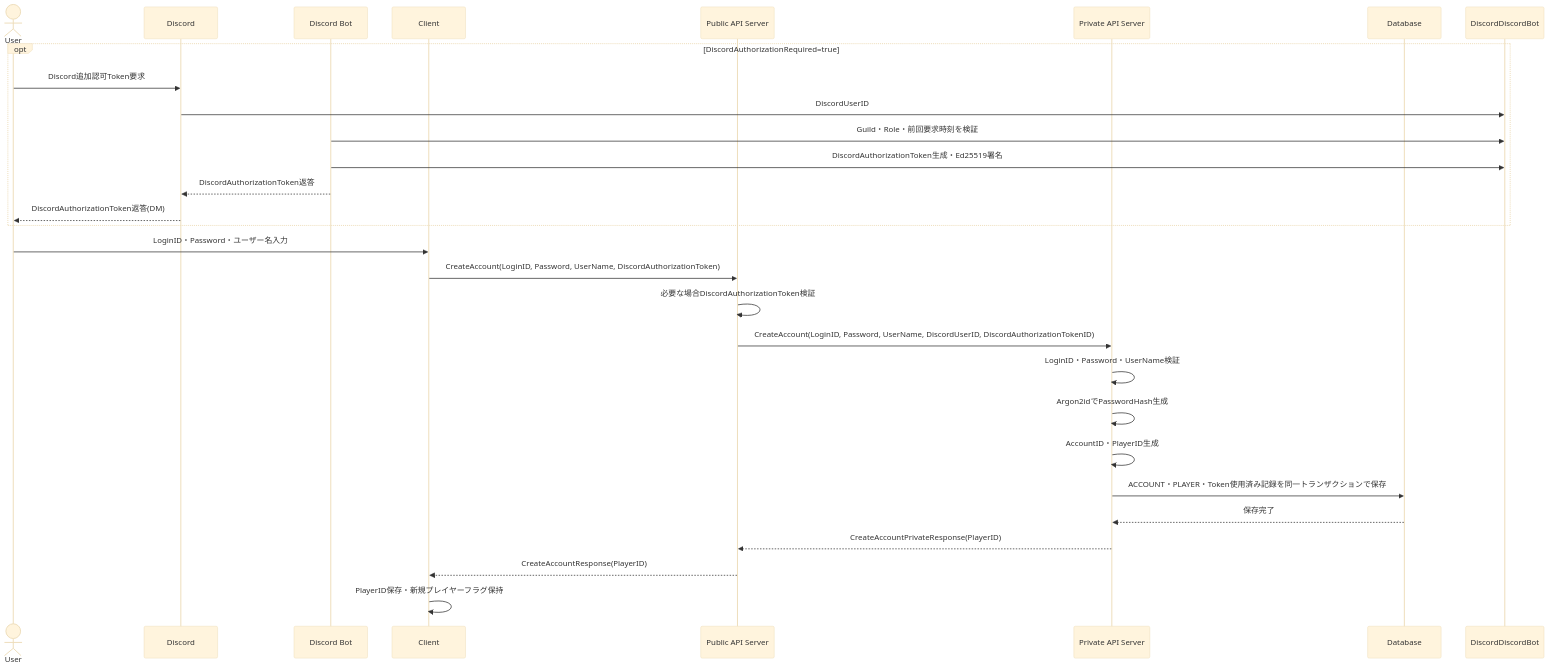
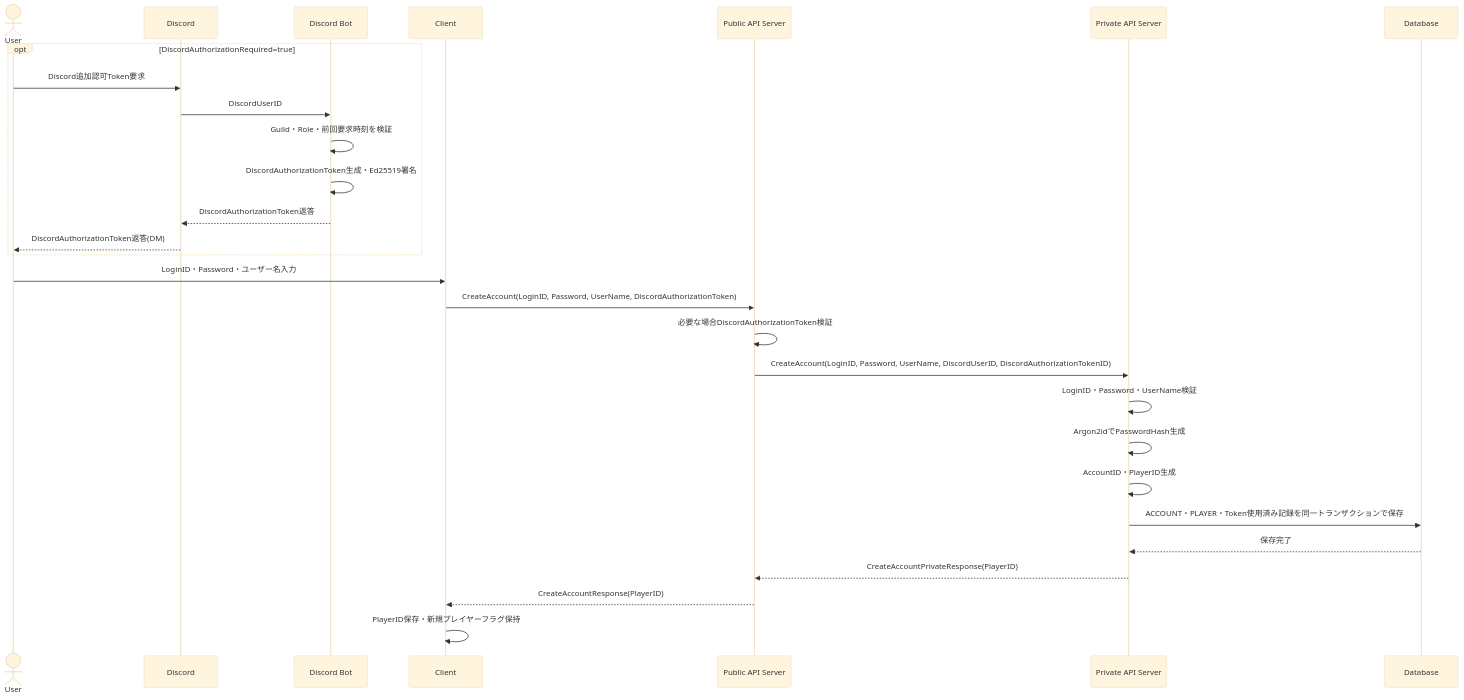
The first of 4 diagrams in design/server/session.md (ReHydrangeaOdyssey/Specifications), drawn with Mermaid (base theme) before and after one commit. The commit also changed other lines of this file and 49 other files, not shown here.

````diff
--- a/design/server/session.md
+++ b/design/server/session.md
@@ -132,32 +132,32 @@
 ```mermaid
 sequenceDiagram
     actor User
     participant Discord
     participant DiscordBot as Discord Bot
     participant Client
     participant PublicAPIServer as Public API Server
     participant PrivateAPIServer as Private API Server
     participant Database
 
     opt DiscordAuthorizationRequired=true
         User->>Discord: Discord追加認可Token要求
-        Discord->>DiscordDiscordBot: DiscordUserID
-        DiscordBot->>DiscordDiscordBot: Guild・Role・前回要求時刻を検証
-        DiscordBot->>DiscordDiscordBot: DiscordAuthorizationToken生成・Ed25519署名
+        Discord->>DiscordBot: DiscordUserID
+        DiscordBot->>DiscordBot: Guild・Role・前回要求時刻を検証
+        DiscordBot->>DiscordBot: DiscordAuthorizationToken生成・Ed25519署名
         DiscordBot-->>Discord: DiscordAuthorizationToken返答
         Discord-->>User: DiscordAuthorizationToken返答(DM)
     end
 
     User->>Client: LoginID・Password・ユーザー名入力
     Client->>PublicAPIServer: CreateAccount(LoginID, Password, UserName, DiscordAuthorizationToken)
     PublicAPIServer->>PublicAPIServer: 必要な場合DiscordAuthorizationToken検証
     PublicAPIServer->>PrivateAPIServer: CreateAccount(LoginID, Password, UserName, DiscordUserID, DiscordAuthorizationTokenID)
     PrivateAPIServer->>PrivateAPIServer: LoginID・Password・UserName検証
     PrivateAPIServer->>PrivateAPIServer: Argon2idでPasswordHash生成
     PrivateAPIServer->>PrivateAPIServer: AccountID・PlayerID生成
     PrivateAPIServer->>Database: ACCOUNT・PLAYER・Token使用済み記録を同一トランザクションで保存
     Database-->>PrivateAPIServer: 保存完了
     PrivateAPIServer-->>PublicAPIServer: CreateAccountPrivateResponse(PlayerID)
     PublicAPIServer-->>Client: CreateAccountResponse(PlayerID)
     Client->>Client: PlayerID保存・新規プレイヤーフラグ保持
 ```
````
